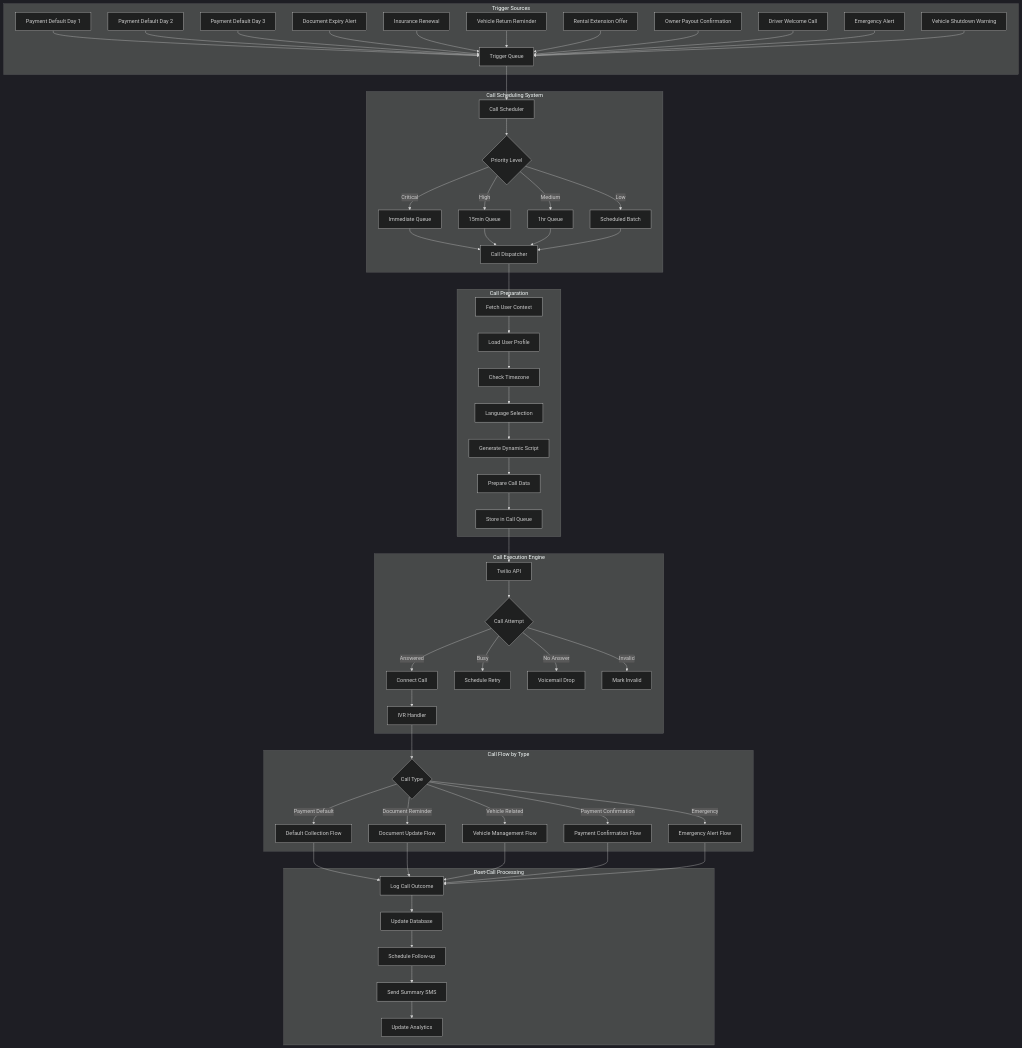
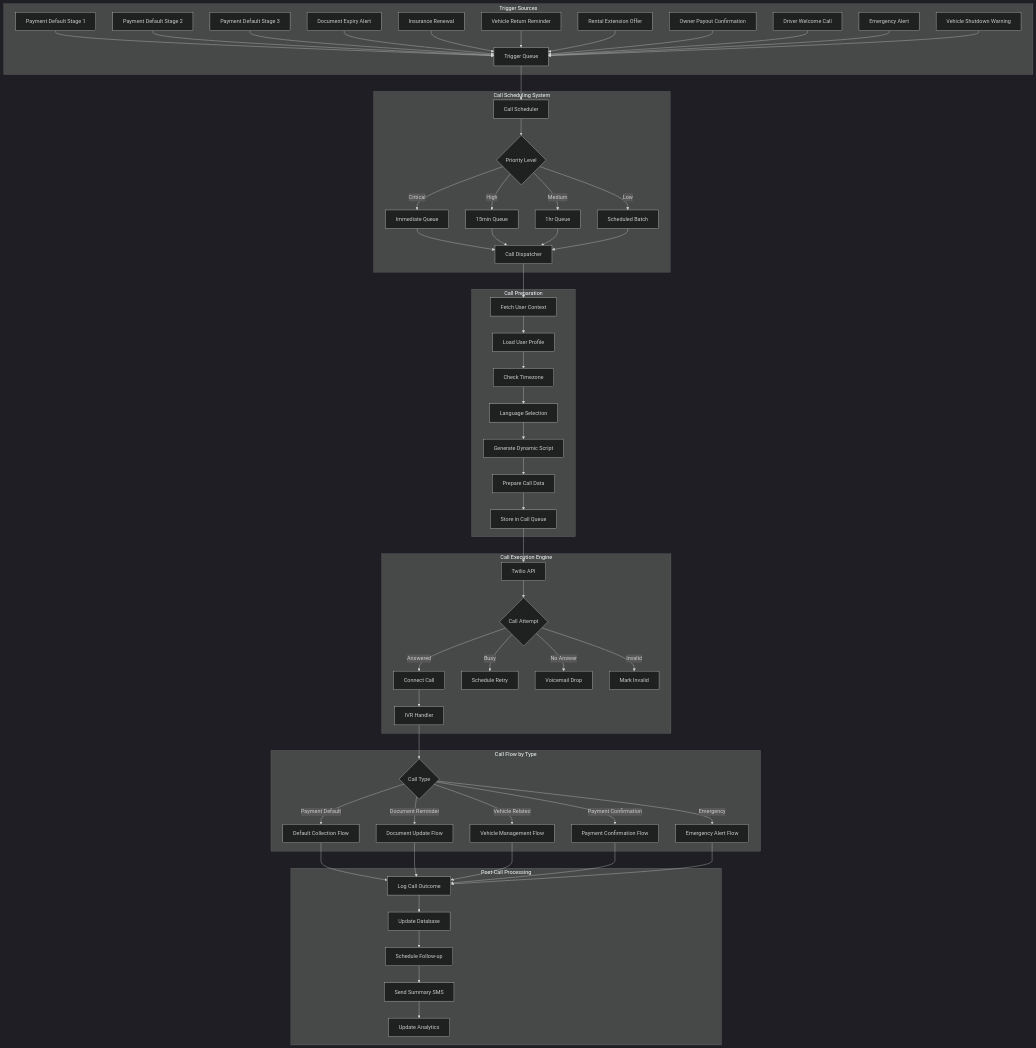
The first of 2 diagrams in src/docs/outgoing-call-flow-reference.md (beresdowds-afk/rentmaikar), drawn with Mermaid (dark theme) before and after one commit. The commit also changed other lines of this file and 3 other files, not shown here.

````diff
--- a/src/docs/outgoing-call-flow-reference.md
+++ b/src/docs/outgoing-call-flow-reference.md
@@ -5,77 +5,77 @@
 ```mermaid
 graph TB
     subgraph "Trigger Sources"
-        A1[Payment Default Day 1] --> T[Trigger Queue]
-        A2[Payment Default Day 2] --> T
-        A3[Payment Default Day 3] --> T
+        A1[Payment Default Stage 1] --> T[Trigger Queue]
+        A2[Payment Default Stage 2] --> T
+        A3[Payment Default Stage 3] --> T
         B1[Document Expiry Alert] --> T
         B2[Insurance Renewal] --> T
         C1[Vehicle Return Reminder] --> T
         C2[Rental Extension Offer] --> T
         D1[Owner Payout Confirmation] --> T
         D2[Driver Welcome Call] --> T
         E1[Emergency Alert] --> T
         E2[Vehicle Shutdown Warning] --> T
     end
 
     subgraph "Call Scheduling System"
         T --> S[Call Scheduler]
         S --> P{Priority Level}
         
         P -->|Critical| Q1[Immediate Queue]
         P -->|High| Q2[15min Queue]
         P -->|Medium| Q3[1hr Queue]
         P -->|Low| Q4[Scheduled Batch]
         
         Q1 --> R[Call Dispatcher]
         Q2 --> R
         Q3 --> R
         Q4 --> R
     end
 
     subgraph "Call Preparation"
         R --> U[Fetch User Context]
         U --> V[Load User Profile]
         V --> W[Check Timezone]
         W --> X[Language Selection]
         X --> Y[Generate Dynamic Script]
         
         Y --> Z[Prepare Call Data]
         Z --> AA[Store in Call Queue]
     end
 
     subgraph "Call Execution Engine"
         AA --> AB[Twilio API]
         AB --> AC{Call Attempt}
         
         AC -->|Answered| AD[Connect Call]
         AC -->|Busy| AE[Schedule Retry]
         AC -->|No Answer| AF[Voicemail Drop]
         AC -->|Invalid| AG[Mark Invalid]
         
         AD --> AH[IVR Handler]
     end
 
     subgraph "Call Flow by Type"
         AH --> AI{Call Type}
         
         AI -->|Payment Default| BJ[Default Collection Flow]
         AI -->|Document Reminder| BK[Document Update Flow]
         AI -->|Vehicle Related| BL[Vehicle Management Flow]
         AI -->|Payment Confirmation| BM[Payment Confirmation Flow]
         AI -->|Emergency| BN[Emergency Alert Flow]
     end
 
     subgraph "Post-Call Processing"
         BJ --> BO[Log Call Outcome]
         BK --> BO
         BL --> BO
         BM --> BO
         BN --> BO
         
         BO --> BP[Update Database]
         BP --> BQ[Schedule Follow-up]
         BQ --> BR[Send Summary SMS]
         BR --> BS[Update Analytics]
     end
 ```
````
